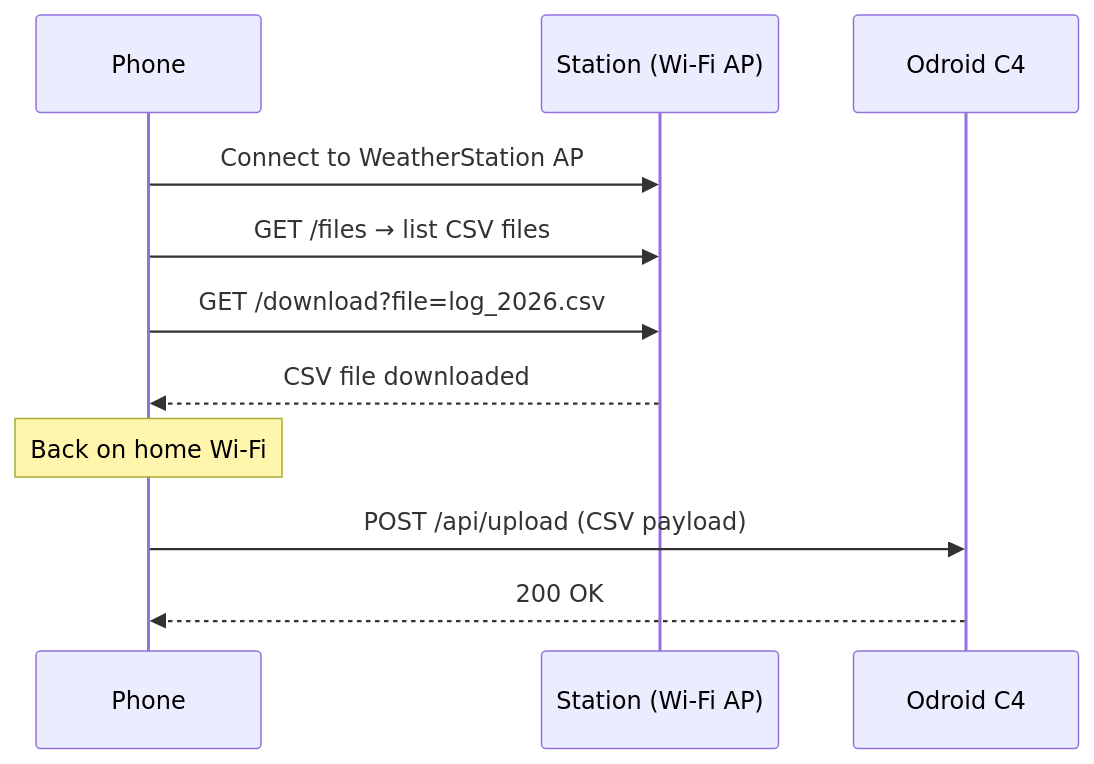
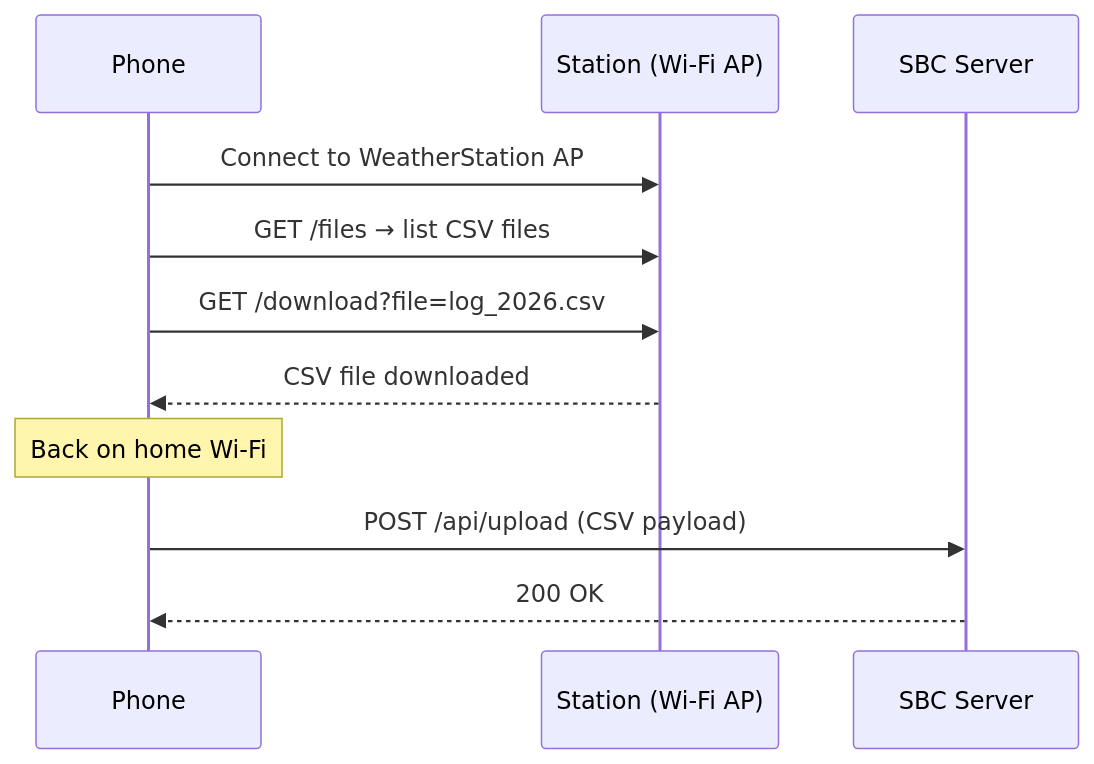
Before and after one commit to wg1d/personal-autonomous-weather-station: the diagram in docs/chapters/05-backend.qmd, drawn with Mermaid. The commit also changed other lines of this file and 4 other files, not shown here.

Commit message:
docs: update sync strategy, add RPi alternative, and schematic guidelines

````diff
--- a/docs/chapters/05-backend.qmd
+++ b/docs/chapters/05-backend.qmd
@@ -30,16 +30,16 @@
 ```{mermaid}
 sequenceDiagram
     participant Phone
     participant Station as Station (Wi-Fi AP)
-    participant Server as Odroid C4
+    participant Server as SBC Server
 
     Phone->>Station: Connect to WeatherStation AP
     Phone->>Station: GET /files → list CSV files
     Phone->>Station: GET /download?file=log_2026.csv
     Station-->>Phone: CSV file downloaded
 
     Note over Phone: Back on home Wi-Fi
 
     Phone->>Server: POST /api/upload (CSV payload)
     Server-->>Phone: 200 OK
 ```
````
